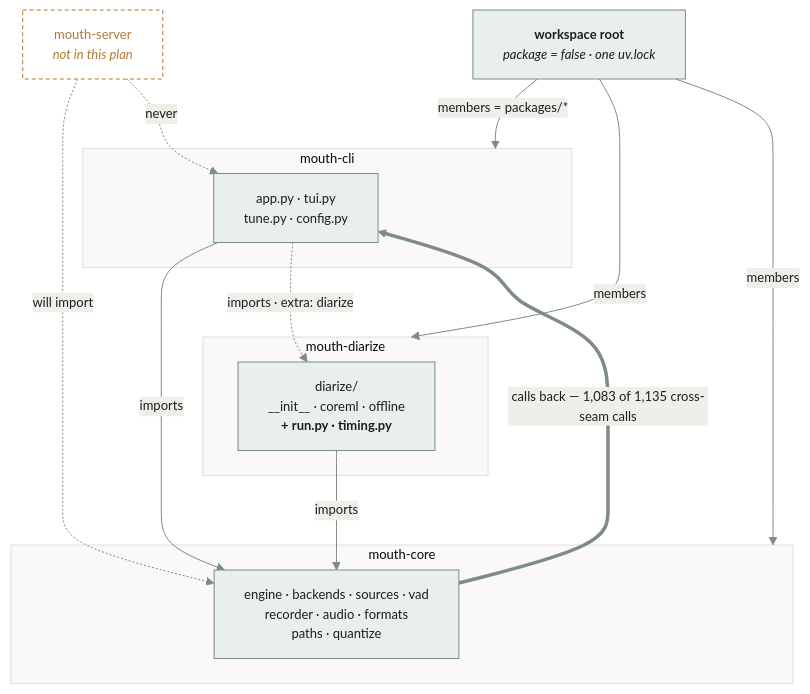
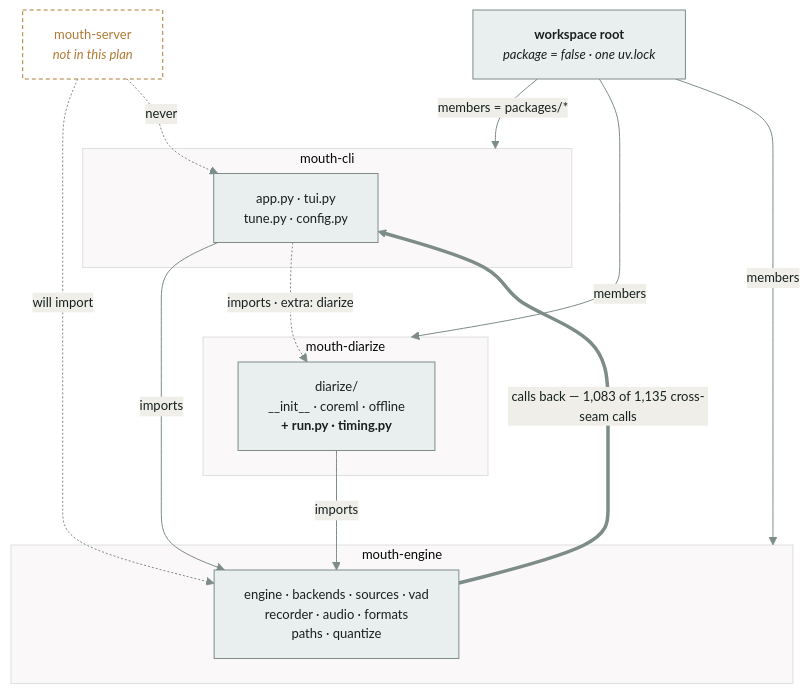
One commit to apostolos-geyer/mouth changed the first of 2 diagrams in docs/plans/2026-08-21-uv-workspace.md. Above: the diagram before and after it, drawn with Mermaid. The commit also changed other lines of this file and 3 other files, not shown here.

````diff
--- a/docs/plans/2026-08-21-uv-workspace.md
+++ b/docs/plans/2026-08-21-uv-workspace.md
@@ -93,32 +93,32 @@
 ```mermaid
 %%{init: {"theme":"base","themeVariables":{"primaryColor":"#e9efee","primaryTextColor":"#16211f","primaryBorderColor":"#7d8c89","lineColor":"#7d8c89","fontFamily":"IBM Plex Mono, ui-monospace, monospace","fontSize":"13px"}}}%%
 graph TD
     root["<b>workspace root</b><br/><i>package = false · one uv.lock</i>"]
 
     subgraph cliPkg["mouth-cli"]
       app["app.py · tui.py<br/>tune.py · config.py"]
     end
 
     subgraph diaPkg["mouth-diarize"]
       dia["diarize/<br/>__init__ · coreml · offline<br/><b>+ run.py · timing.py</b>"]
     end
 
-    subgraph corePkg["mouth-core"]
-      core["engine · backends · sources · vad<br/>recorder · audio · formats<br/>paths · quantize"]
+    subgraph enginePkg["mouth-engine"]
+      engine["engine · backends · sources · vad<br/>recorder · audio · formats<br/>paths · quantize"]
     end
 
     future["mouth-server<br/><i>not in this plan</i>"]
 
     root -->|"members = packages/*"| cliPkg
     root -->|"members"| diaPkg
-    root -->|"members"| corePkg
-    app -->|"imports"| core
+    root -->|"members"| enginePkg
+    app -->|"imports"| engine
     app -.->|"imports · extra: diarize"| dia
-    dia -->|"imports"| core
-    core ==>|"calls back — 1,083 of 1,135 cross-seam calls"| app
-    future -.->|"will import"| core
+    dia -->|"imports"| engine
+    engine ==>|"calls back — 1,083 of 1,135 cross-seam calls"| app
+    future -.->|"will import"| engine
     future -.->|"never"| app
 
     classDef ghost fill:none,stroke:#b07a35,stroke-dasharray:4 3,color:#b07a35;
     class future ghost;
 ```
````
